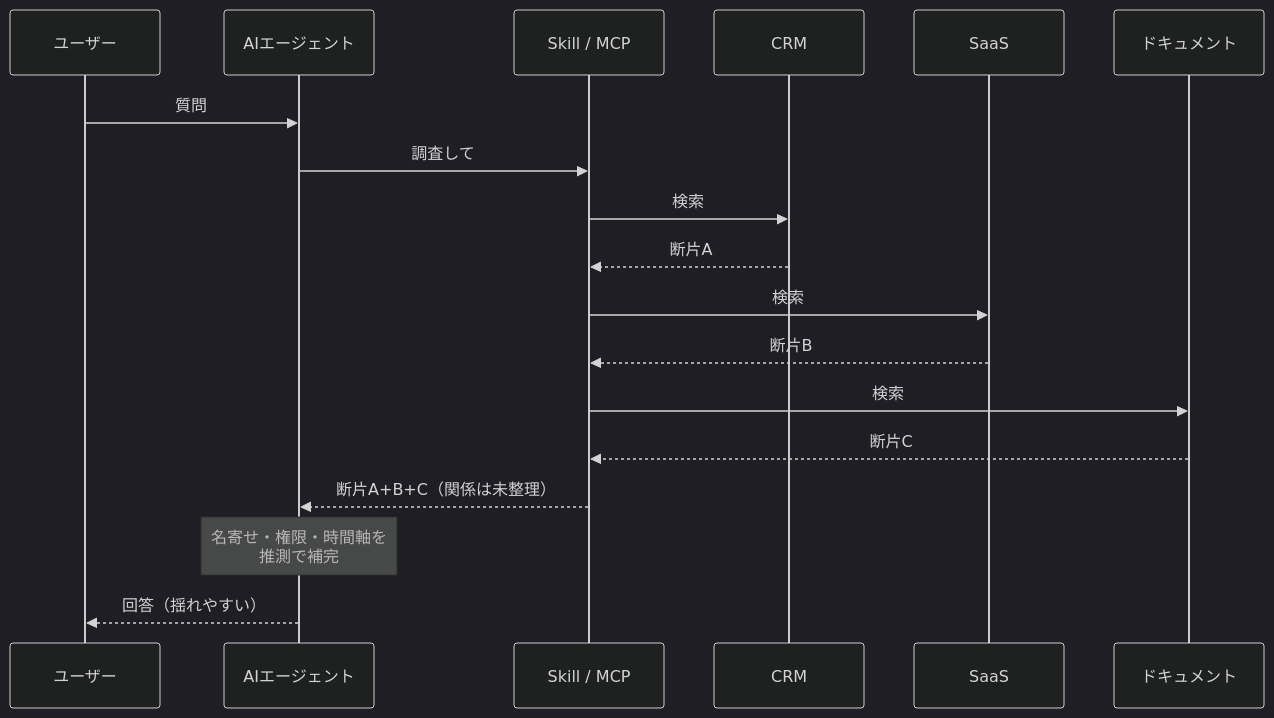
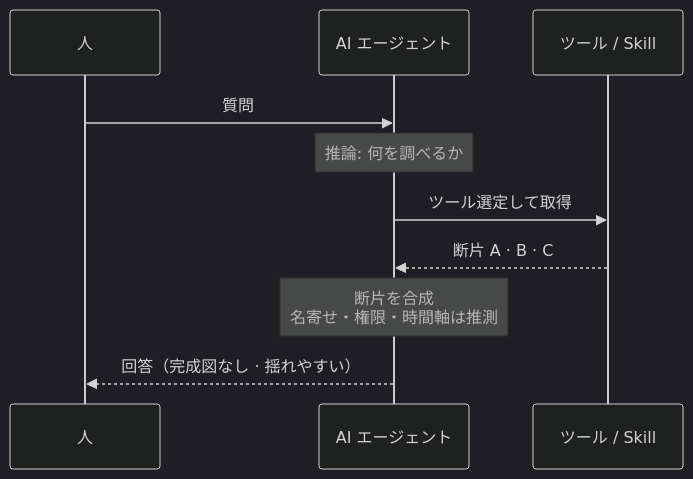
Before and after one commit to DevRev-JP/tech-blog: the first of 6 diagrams in articles/kg-puzzle-agent-langgraph.md, drawn with Mermaid (dark theme). The commit also changed other lines of this file and 1 other file, not shown here.

First line of the commit message:
Update kg-puzzle-agent-langgraph: 図の差別化と Part0 矛盾論点

````diff
--- a/articles/kg-puzzle-agent-langgraph.md
+++ b/articles/kg-puzzle-agent-langgraph.md
@@ -83,21 +85,13 @@
 ```mermaid
 sequenceDiagram
-    participant User as ユーザー
-    participant AI as AIエージェント
-    participant Skill as Skill / MCP
-    participant CRM as CRM
-    participant SaaS as SaaS
-    participant Docs as ドキュメント
+    participant H as 人
+    participant AI as AI エージェント
+    participant T as ツール / Skill
 
-    User->>AI: 質問
-    AI->>Skill: 調査して
-    Skill->>CRM: 検索
-    CRM-->>Skill: 断片A
-    Skill->>SaaS: 検索
-    SaaS-->>Skill: 断片B
-    Skill->>Docs: 検索
-    Docs-->>Skill: 断片C
-    Skill-->>AI: 断片A+B+C（関係は未整理）
-    Note over AI: 名寄せ・権限・時間軸を<br/>推測で補完
-    AI-->>User: 回答（揺れやすい）
+    H->>AI: 質問
+    Note over AI: 推論: 何を調べるか
+    AI->>T: ツール選定して取得
+    T-->>AI: 断片 A · B · C
+    Note over AI: 断片を合成<br/>名寄せ・権限・時間軸は推測
+    AI-->>H: 回答（完成図なし · 揺れやすい）
 ```
````
